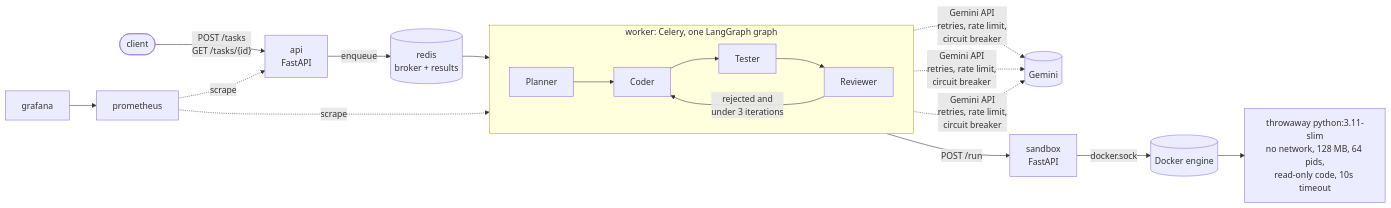
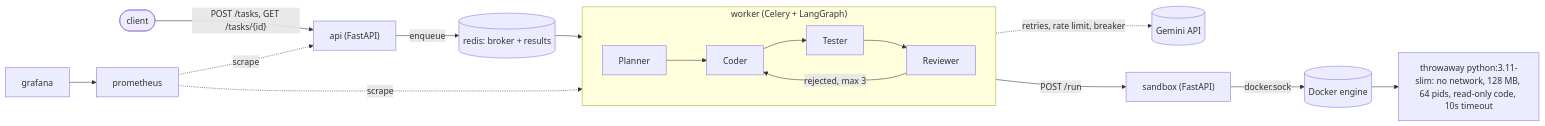
One commit to sauravs2006-max/Multi-agent-coding-pipeline changed the diagram in README.md. Above: the diagram before and after it, drawn with Mermaid.

Commit message:
clean up the architecture diagram

````diff
--- a/README.md
+++ b/README.md
@@ -15,21 +15,21 @@
 ```mermaid
 flowchart LR
-    client([client]) -- "POST /tasks<br/>GET /tasks/{id}" --> api[api<br/>FastAPI]
-    api -- enqueue --> redis[(redis<br/>broker + results)]
+    client([client]) -->|"POST /tasks, GET /tasks/{id}"| api["api (FastAPI)"]
+    api -->|enqueue| redis[("redis: broker + results")]
     redis --> planner
 
-    subgraph worker [worker: Celery, one LangGraph graph]
+    subgraph worker ["worker (Celery + LangGraph)"]
         direction LR
         planner[Planner] --> coder[Coder] --> tester[Tester] --> reviewer[Reviewer]
-        reviewer -- "rejected and<br/>under 3 iterations" --> coder
+        reviewer -->|"rejected, max 3"| coder
     end
 
-    planner & coder & reviewer -. "Gemini API<br/>retries, rate limit,<br/>circuit breaker" .-> gemini[(Gemini)]
-    tester -- "POST /run" --> sandbox[sandbox<br/>FastAPI]
-    sandbox -- docker.sock --> engine[(Docker engine)]
-    engine --> box[throwaway python:3.11-slim<br/>no network, 128 MB, 64 pids,<br/>read-only code, 10s timeout]
+    worker -.->|"retries, rate limit, breaker"| gemini[(Gemini API)]
+    tester -->|"POST /run"| sandbox["sandbox (FastAPI)"]
+    sandbox -->|docker.sock| engine[(Docker engine)]
+    engine --> box["throwaway python:3.11-slim: no network, 128 MB, 64 pids, read-only code, 10s timeout"]
 
-    prometheus[prometheus] -. scrape .-> api
-    prometheus -. scrape .-> worker
+    prometheus[prometheus] -.->|scrape| api
+    prometheus -.->|scrape| worker
     grafana[grafana] --> prometheus
 ```
````
